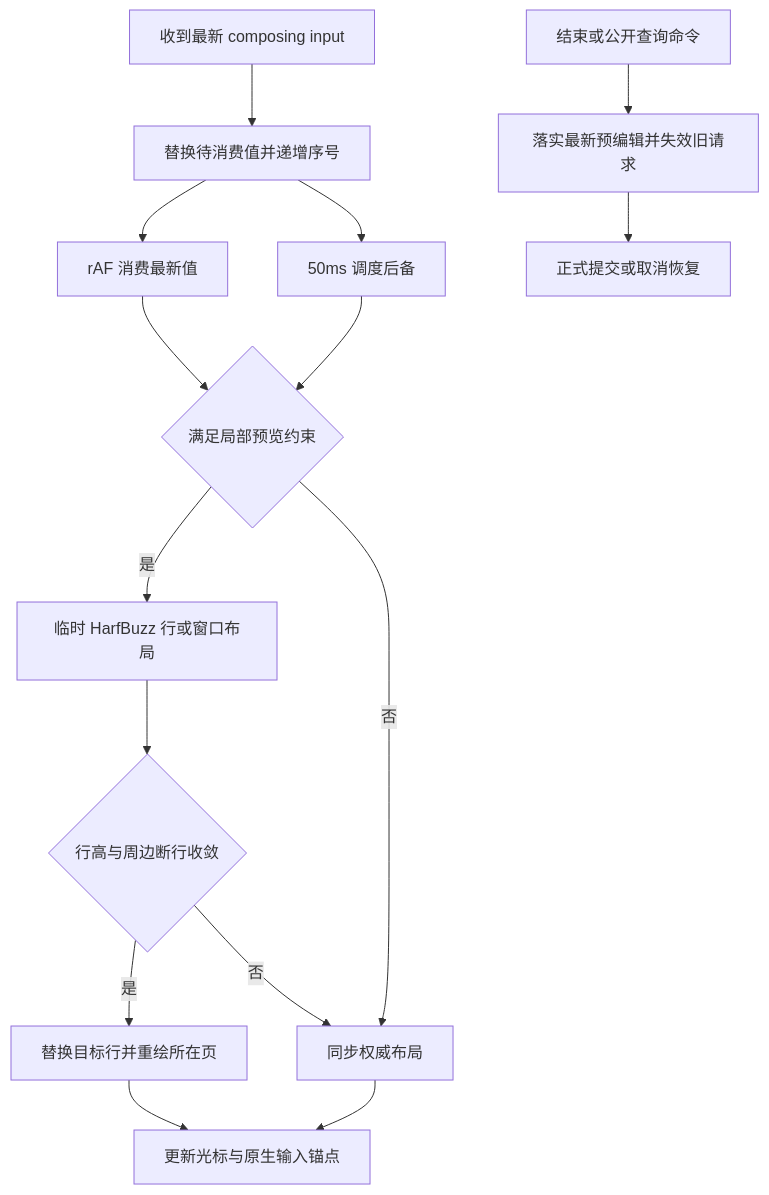
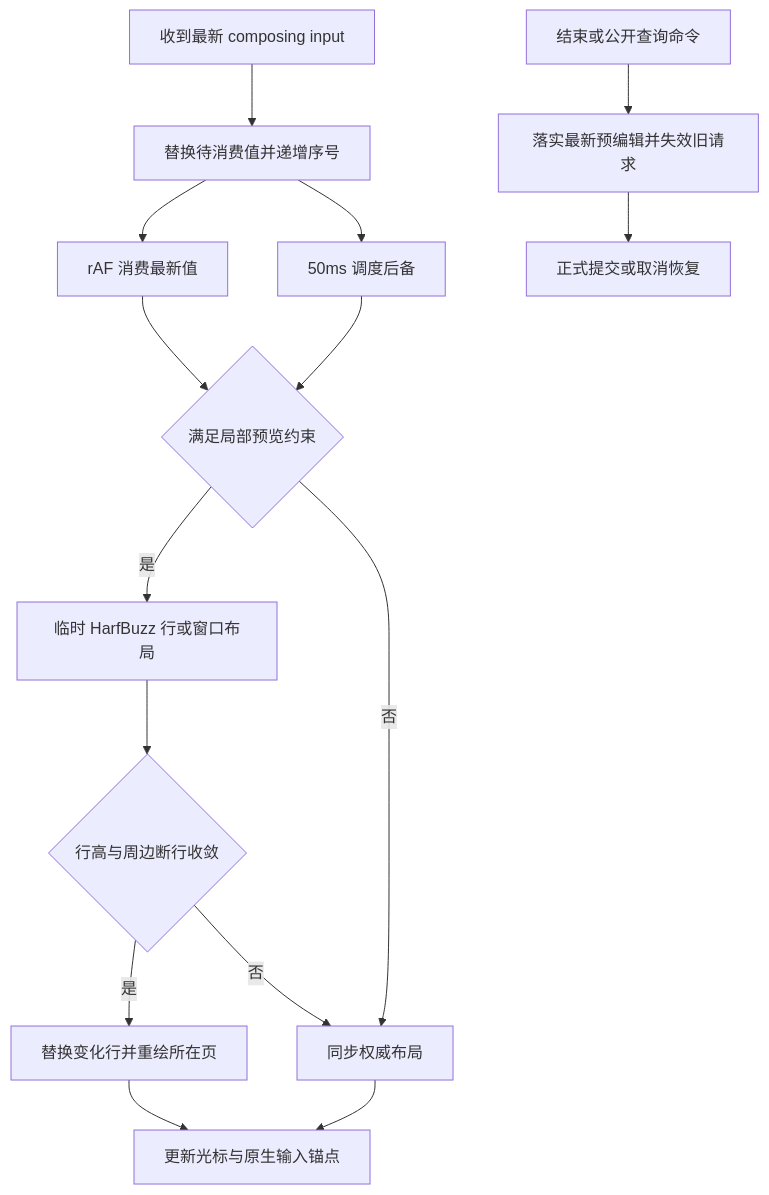
One commit to HerbertHe/canvas-editor changed the diagram in docs/guide/performance-principles.md. Above: the diagram before and after it, drawn with Mermaid. The commit also changed other lines of this file and 17 other files, not shown here.

````diff
--- a/docs/guide/performance-principles.md
+++ b/docs/guide/performance-principles.md
@@ -55,17 +55,17 @@
 ```mermaid
 flowchart TD
   Input[收到最新 composing input] --> Pending[替换待消费值并递增序号]
   Pending --> Frame[rAF 消费最新值]
   Pending --> Timer[50ms 调度后备]
   Frame --> Eligible{满足局部预览约束}
   Timer --> Eligible
   Eligible -->|是| Preview[临时 HarfBuzz 行或窗口布局]
   Preview --> Valid{行高与周边断行收敛}
-  Valid -->|是| Paint[替换目标行并重绘所在页]
+  Valid -->|是| Paint[替换变化行并重绘所在页]
   Valid -->|否| Full[同步权威布局]
   Eligible -->|否| Full
   Paint --> Anchor[更新光标与原生输入锚点]
   Full --> Anchor
   End[结束或公开查询命令] --> Barrier[落实最新预编辑并失效旧请求]
   Barrier --> Commit[正式提交或取消恢复]
 ```
````
